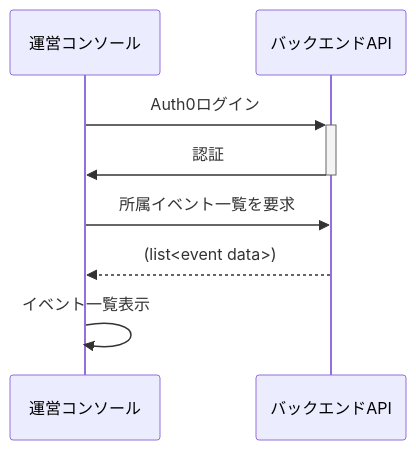
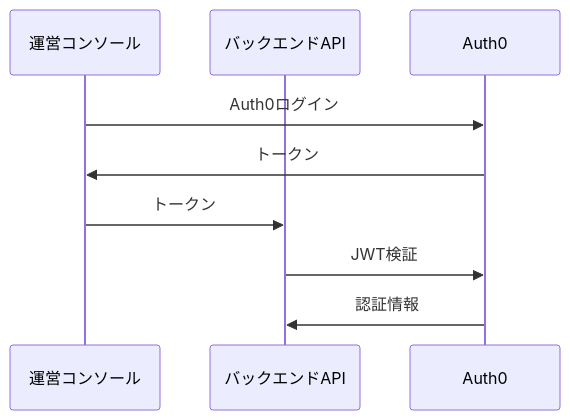
One commit to after-school-garbage-squad/repaint-architecture changed the second of 5 diagrams in docs/sequence/common.md. Above: the diagram before and after it, drawn with Mermaid. The commit also changed other lines of this file, not shown here.

Commit message:
feat(sequence): update common sequence

````diff
--- a/docs/sequence/common.md
+++ b/docs/sequence/common.md
@@ -33,11 +30,12 @@
 ```mermaid
 sequenceDiagram
     participant web as 運営コンソール
     participant back as バックエンドAPI
-    web ->>+ back: Auth0ログイン
-    back ->>- web: 認証
-    web ->> back: 所属イベント一覧を要求
-    back -->> web: (list<event data>)
-    web ->> web: イベント一覧表示
+    participant auth0 as Auth0
+    web ->> auth0: Auth0ログイン
+    auth0 ->> web: トークン
+    web ->> back: トークン
+    back ->> auth0: JWT検証
+    auth0 ->> back: 認証情報
 
 ```
````
